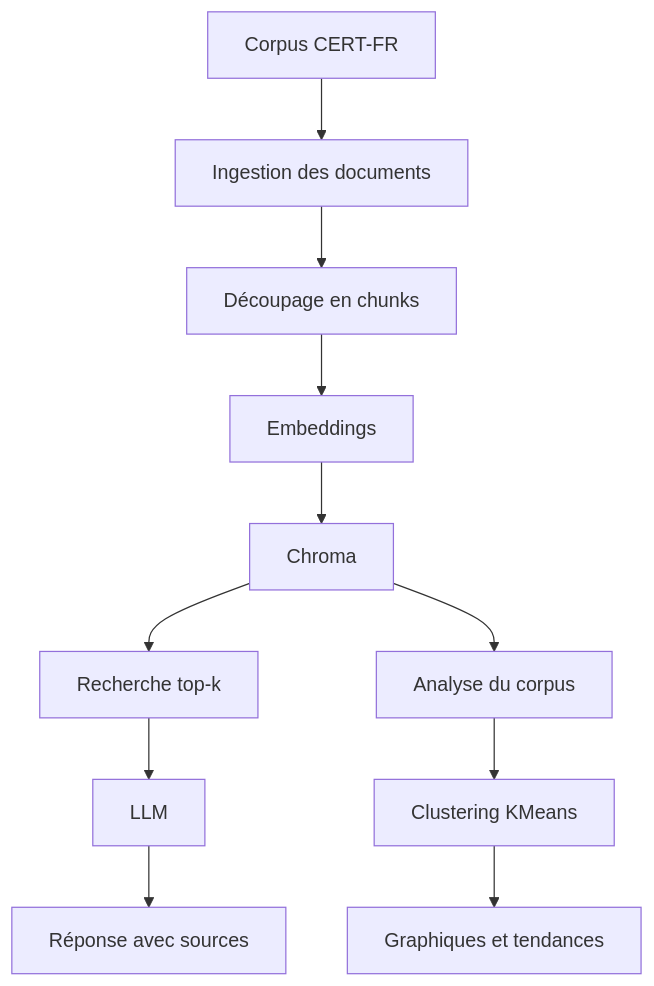
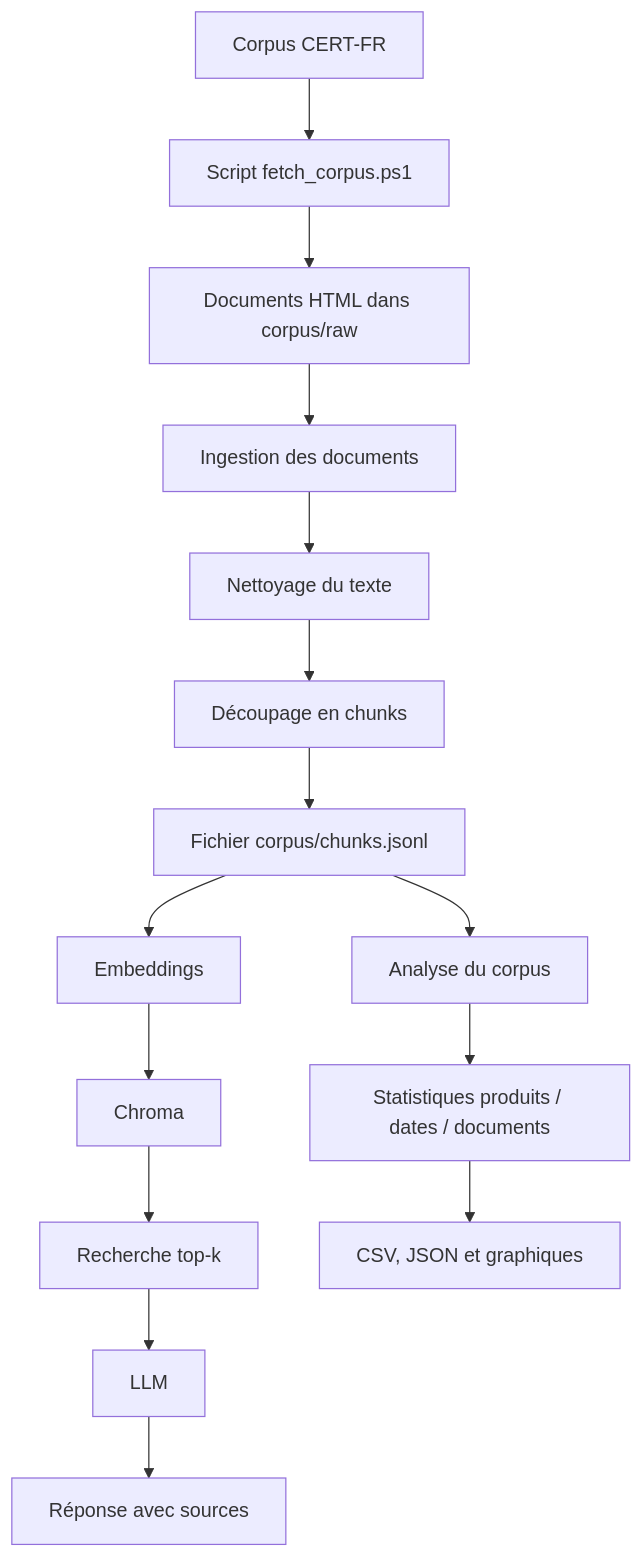
Before and after one commit to RizleneBERRAG/incidentrag-analytics: the diagram in docs/COMPTE-RENDU.md, drawn with Mermaid. The commit also changed other lines of this file and 8 other files, not shown here.

````diff
--- a/docs/COMPTE-RENDU.md
+++ b/docs/COMPTE-RENDU.md
@@ -32,15 +37,20 @@
 ```mermaid
 flowchart TB
-    A[Corpus CERT-FR] --> B[Ingestion des documents]
-    B --> C[Découpage en chunks]
-    C --> D[Embeddings]
-    D --> E[Chroma]
+    A[Corpus CERT-FR] --> B[Script fetch_corpus.ps1]
+    B --> C[Documents HTML dans corpus/raw]
+    C --> D[Ingestion des documents]
+    D --> E[Nettoyage du texte]
+    E --> F[Découpage en chunks]
+    F --> G[Fichier corpus/chunks.jsonl]
 
-    E --> F[Recherche top-k]
-    F --> G[LLM]
-    G --> H[Réponse avec sources]
+    G --> H[Embeddings]
+    H --> I[Chroma]
 
-    E --> I[Analyse du corpus]
-    I --> J[Clustering KMeans]
-    J --> K[Graphiques et tendances]
+    I --> J[Recherche top-k]
+    J --> K[LLM]
+    K --> L[Réponse avec sources]
+
+    G --> M[Analyse du corpus]
+    M --> N[Statistiques produits / dates / documents]
+    N --> O[CSV, JSON et graphiques]
 ```
````
